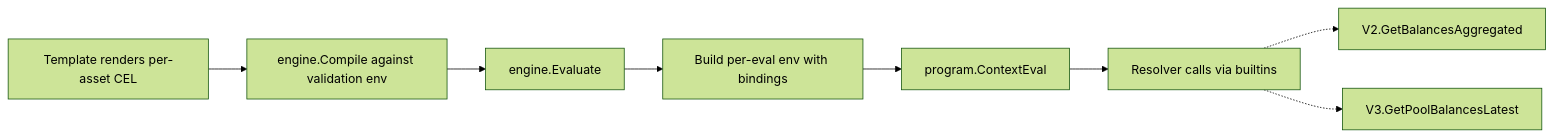
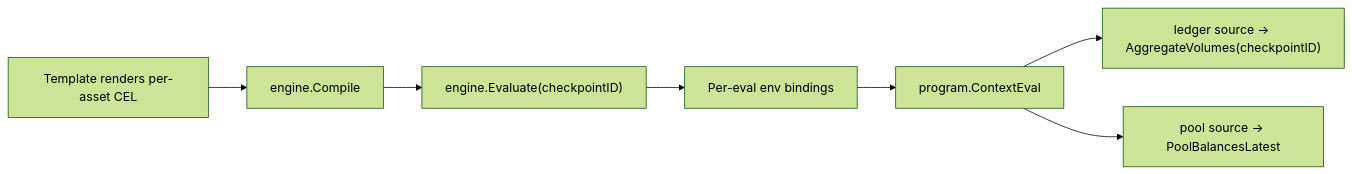
One commit to formancehq/reconciliation changed the second of 3 diagrams in docs/technical/architecture.md. Above: the diagram before and after it, drawn with Mermaid (forest theme). The commit also changed other lines of this file and 10 other files, not shown here.

````diff
--- a/docs/technical/architecture.md
+++ b/docs/technical/architecture.md
@@ -72,10 +88,9 @@
 ```mermaid
 flowchart LR
-    Tmpl[Template renders per-asset CEL] --> Compile[engine.Compile against validation env]
-    Compile --> Evaluate[engine.Evaluate]
-    Evaluate --> Bindings[Build per-eval env with bindings]
+    Tmpl[Template renders per-asset CEL] --> Compile[engine.Compile]
+    Compile --> Evaluate["engine.Evaluate(checkpointID)"]
+    Evaluate --> Bindings[Per-eval env bindings]
     Bindings --> Run[program.ContextEval]
-    Run --> Resolvers[Resolver calls via builtins]
-    Resolvers -.-> SDKLedger[V2.GetBalancesAggregated]
-    Resolvers -.-> SDKPayments[V3.GetPoolBalancesLatest]
+    Run --> LR["ledger source → AggregateVolumes(checkpointID)"]
+    Run --> PR["pool source → PoolBalancesLatest"]
 ```
````
